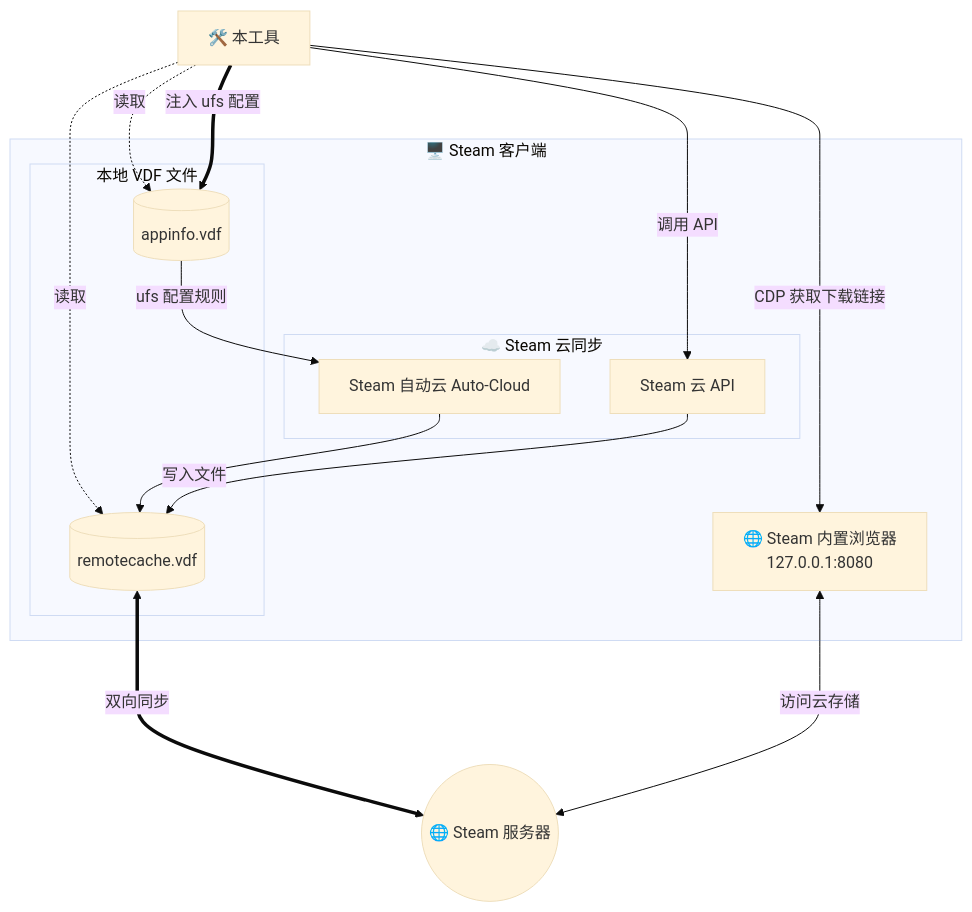
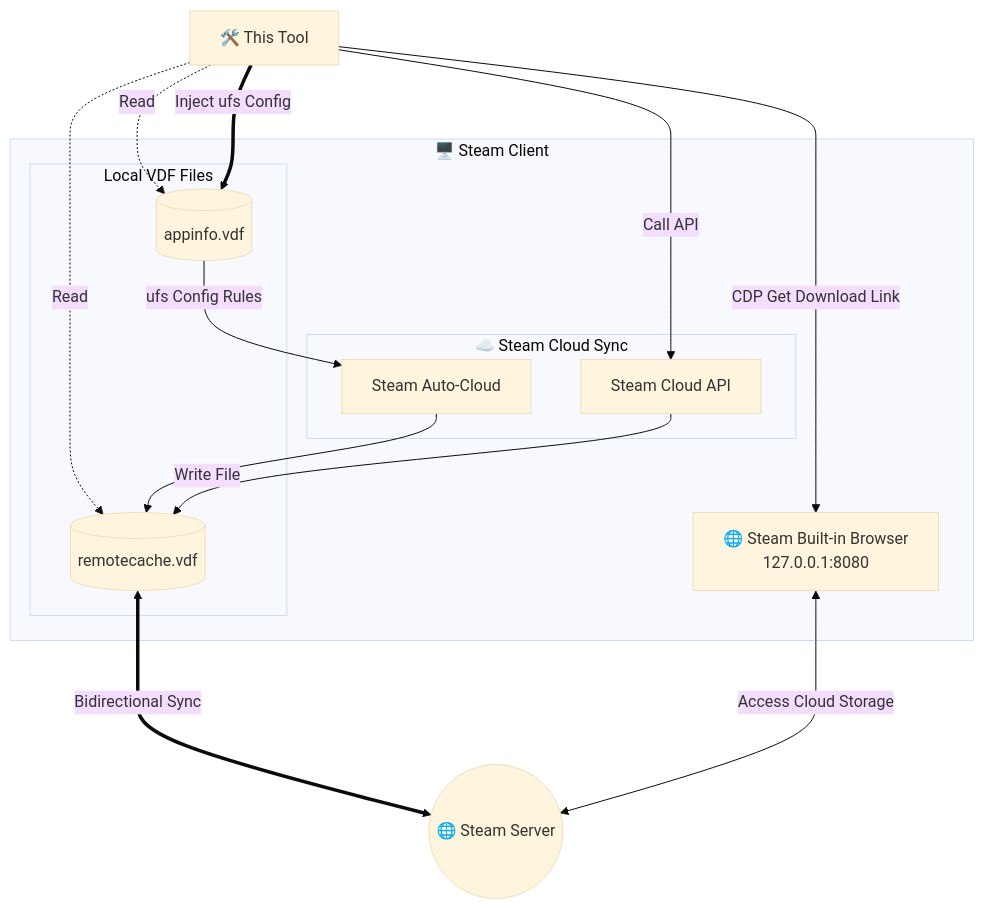
Before and after one commit to Fldicoahkiin/SteamCloudFileManager: the second of 4 diagrams in README.md, drawn with Mermaid (base theme). The commit also changed other lines of this file and 2 other files, not shown here.

````diff
--- a/README.md
+++ b/README.md
@@ -297,34 +295,34 @@
 ```mermaid
 graph TB
-    Tool["🛠️ 本工具"]
+    Tool["🛠️ This Tool"]
     
-    subgraph client["🖥️ Steam 客户端"]
-        subgraph vdf["本地 VDF 文件"]
+    subgraph client["🖥️ Steam Client"]
+        subgraph vdf["Local VDF Files"]
             AppInfo[(appinfo.vdf)]
             RemoteCache[(remotecache.vdf)]
         end
         
-        subgraph sync["☁️ Steam 云同步"]
-            Auto["Steam 自动云 Auto-Cloud"]
-            API["Steam 云 API"]
+        subgraph sync["☁️ Steam Cloud Sync"]
+            Auto["Steam Auto-Cloud"]
+            API["Steam Cloud API"]
         end
         
-        Browser["🌐 Steam 内置浏览器<br/>127.0.0.1:8080"]
+        Browser["🌐 Steam Built-in Browser<br/>127.0.0.1:8080"]
     end
     
-    Cloud(("🌐 Steam 服务器"))
+    Cloud(("🌐 Steam Server"))
     
-    %% 本工具的操作（介入流程）
-    Tool -.->|读取| AppInfo
-    Tool -.->|读取| RemoteCache
-    Tool ==>|注入 ufs 配置| AppInfo
-    Tool -->|调用 API| API
-    Tool -->|CDP 获取下载链接| Browser
+    %% This tool's operations (inject into flow)
+    Tool -.->|Read| AppInfo
+    Tool -.->|Read| RemoteCache
+    Tool ==>|Inject ufs Config| AppInfo
+    Tool -->|Call API| API
+    Tool -->|CDP Get Download Link| Browser
     
-    %% Steam 内部流程
-    AppInfo -->|ufs 配置规则| Auto
+    %% Steam internal flow
+    AppInfo -->|ufs Config Rules| Auto
     Auto --> RemoteCache
-    API -->|写入文件| RemoteCache
-    RemoteCache <===>|双向同步| Cloud
-    Browser <-->|访问云存储| Cloud
+    API -->|Write File| RemoteCache
+    RemoteCache <===>|Bidirectional Sync| Cloud
+    Browser <-->|Access Cloud Storage| Cloud
 ```
````
